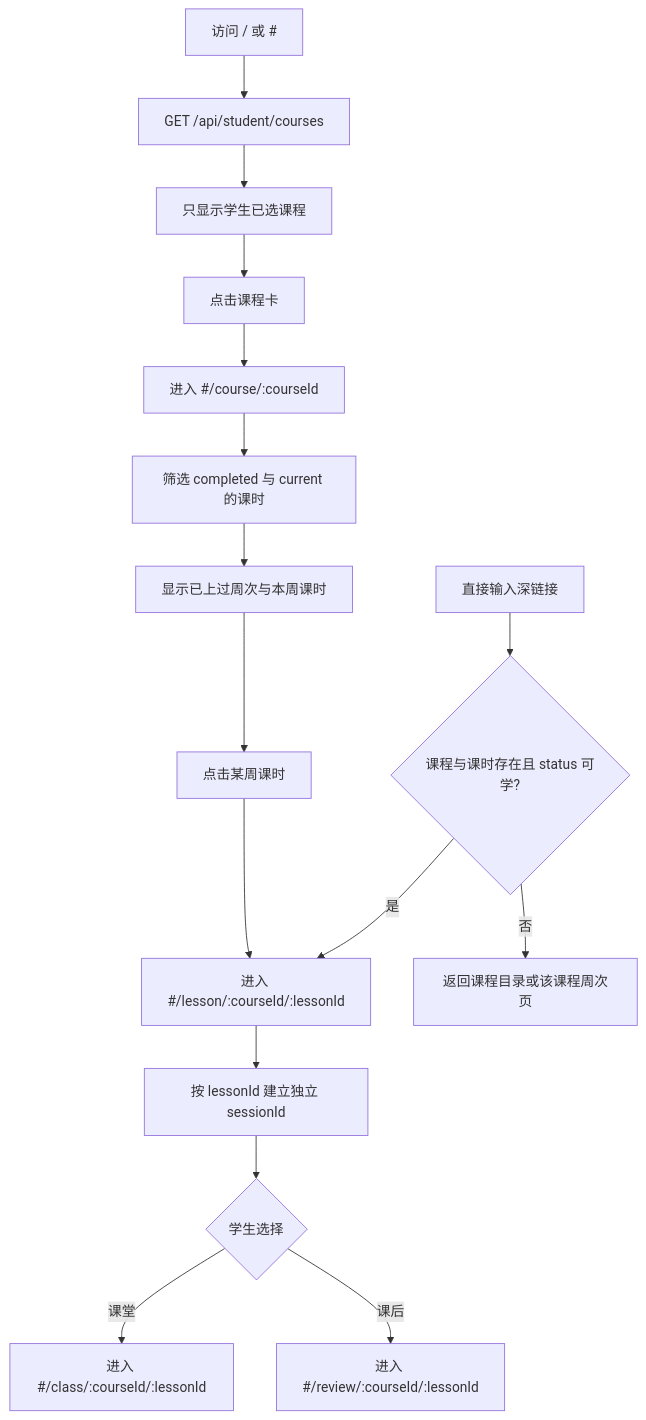
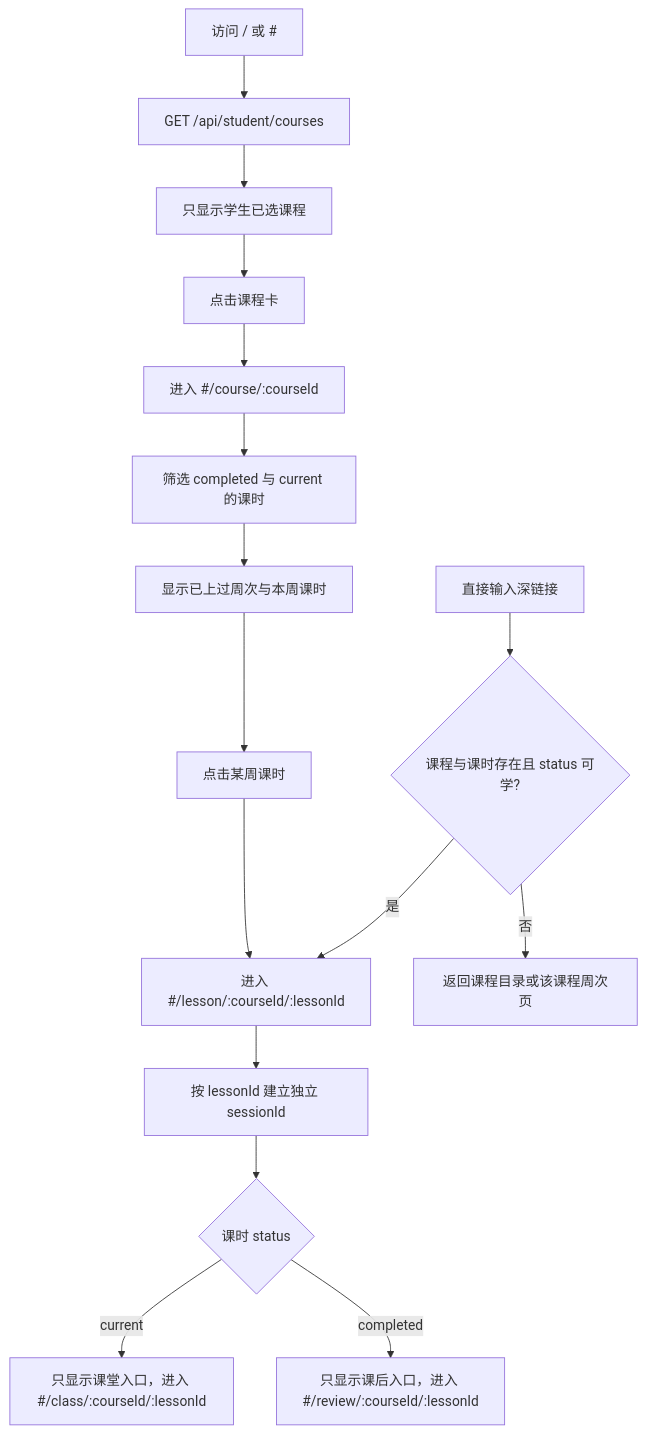
Before and after one commit to Awdyuer/SZU_Student_Agent: the second of 4 diagrams in docs/architecture/NEXT_FRONTEND_WORKFLOW.md, drawn with Mermaid. The commit also changed other lines of this file and 11 other files, not shown here.

````diff
--- a/docs/architecture/NEXT_FRONTEND_WORKFLOW.md
+++ b/docs/architecture/NEXT_FRONTEND_WORKFLOW.md
@@ -28,18 +28,18 @@
 ```mermaid
 flowchart TD
     A[访问 / 或 #] --> B[GET /api/student/courses]
     B --> C[只显示学生已选课程]
     C --> D[点击课程卡]
     D --> E[进入 #/course/:courseId]
     E --> F[筛选 completed 与 current 的课时]
     F --> G[显示已上过周次与本周课时]
     G --> H[点击某周课时]
     H --> I[进入 #/lesson/:courseId/:lessonId]
     I --> J[按 lessonId 建立独立 sessionId]
-    J --> K{学生选择}
-    K -->|课堂| L[进入 #/class/:courseId/:lessonId]
-    K -->|课后| M[进入 #/review/:courseId/:lessonId]
+    J --> K{课时 status}
+    K -->|current| L[只显示课堂入口，进入 #/class/:courseId/:lessonId]
+    K -->|completed| M[只显示课后入口，进入 #/review/:courseId/:lessonId]
     N[直接输入深链接] --> O{课程与课时存在且 status 可学?}
     O -->|否| P[返回课程目录或该课程周次页]
     O -->|是| I
 ```
````
